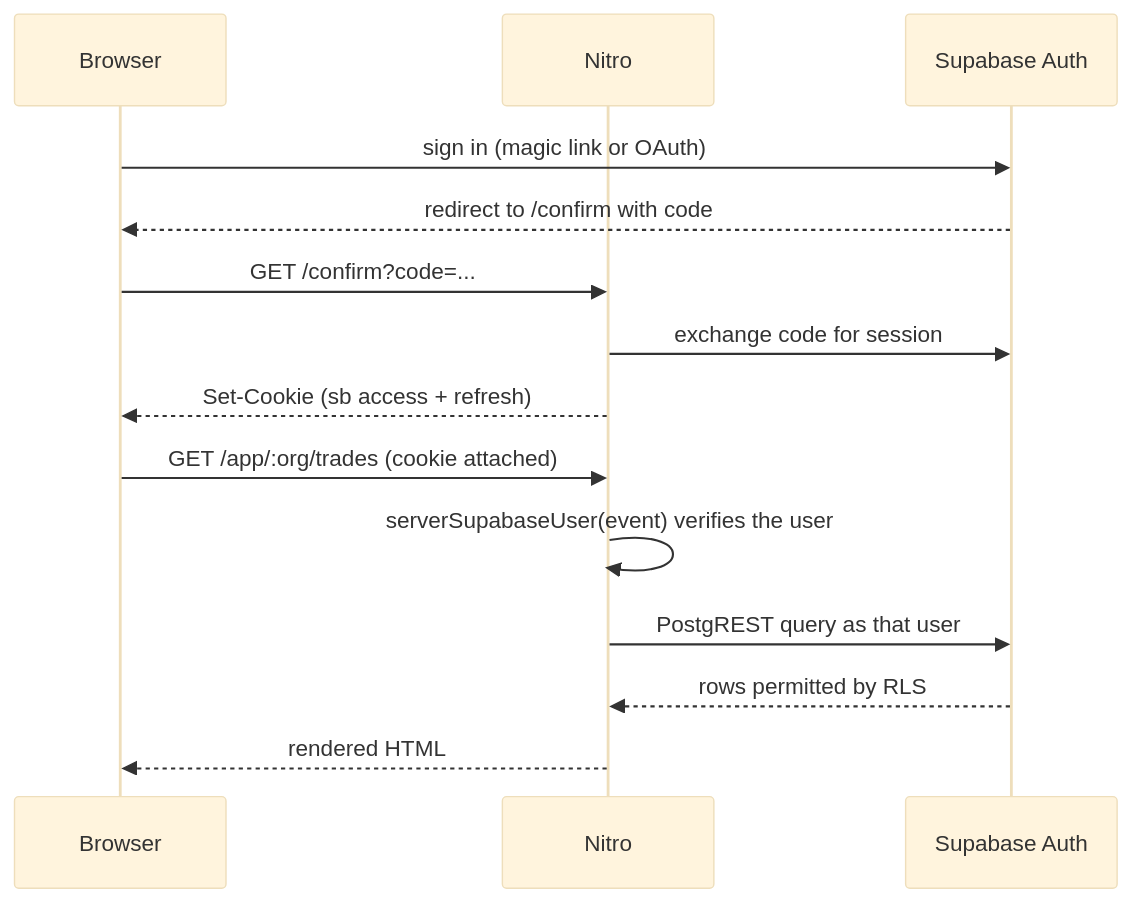
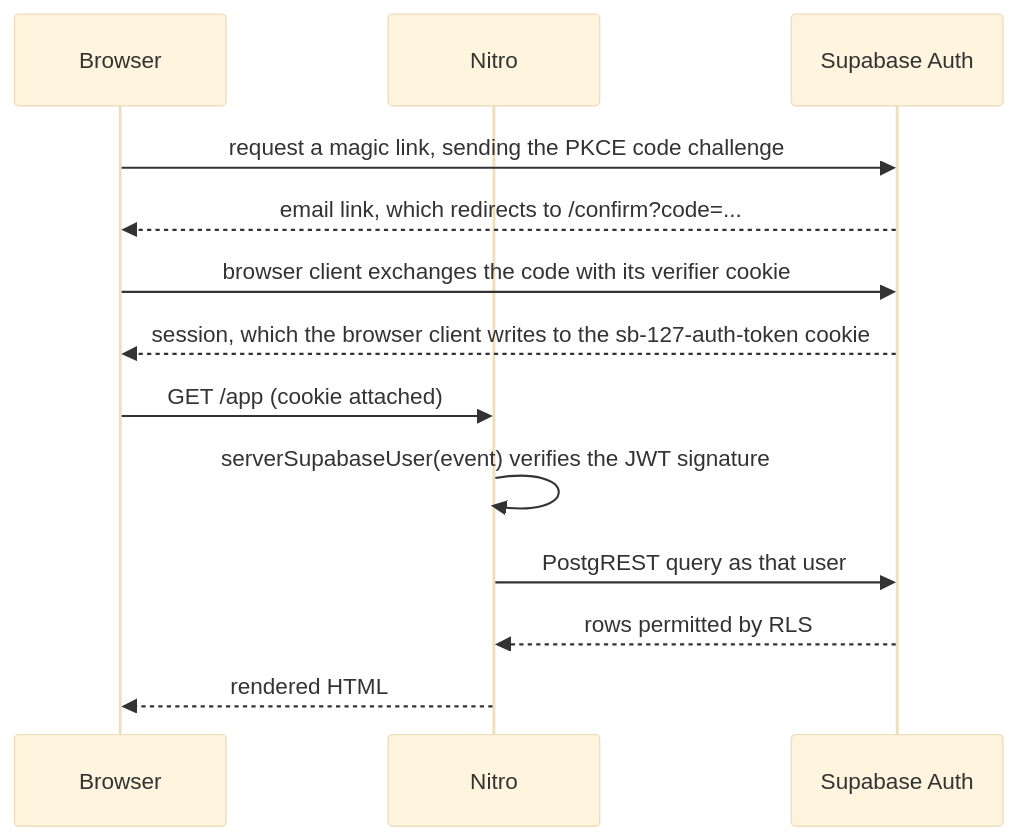
The second of 2 diagrams in docs/architecture.md (1satwinder/trade-log), drawn with Mermaid (base theme) before and after one commit. The commit also changed other lines of this file and 33 other files, not shown here.

First line of the commit message:
feat: add sign-in and the trades API behind requireUser

````diff
--- a/docs/architecture.md
+++ b/docs/architecture.md
@@ -70,16 +74,15 @@
 ```mermaid
 sequenceDiagram
   participant B as Browser
   participant N as Nitro
   participant S as Supabase Auth
-  B->>S: sign in (magic link or OAuth)
-  S-->>B: redirect to /confirm with code
-  B->>N: GET /confirm?code=...
-  N->>S: exchange code for session
-  N-->>B: Set-Cookie (sb access + refresh)
-  B->>N: GET /app/:org/trades (cookie attached)
-  N->>N: serverSupabaseUser(event) verifies the user
+  B->>S: request a magic link, sending the PKCE code challenge
+  S-->>B: email link, which redirects to /confirm?code=...
+  B->>S: browser client exchanges the code with its verifier cookie
+  S-->>B: session, which the browser client writes to the sb-127-auth-token cookie
+  B->>N: GET /app (cookie attached)
+  N->>N: serverSupabaseUser(event) verifies the JWT signature
   N->>S: PostgREST query as that user
   S-->>N: rows permitted by RLS
   N-->>B: rendered HTML
 ```
````
